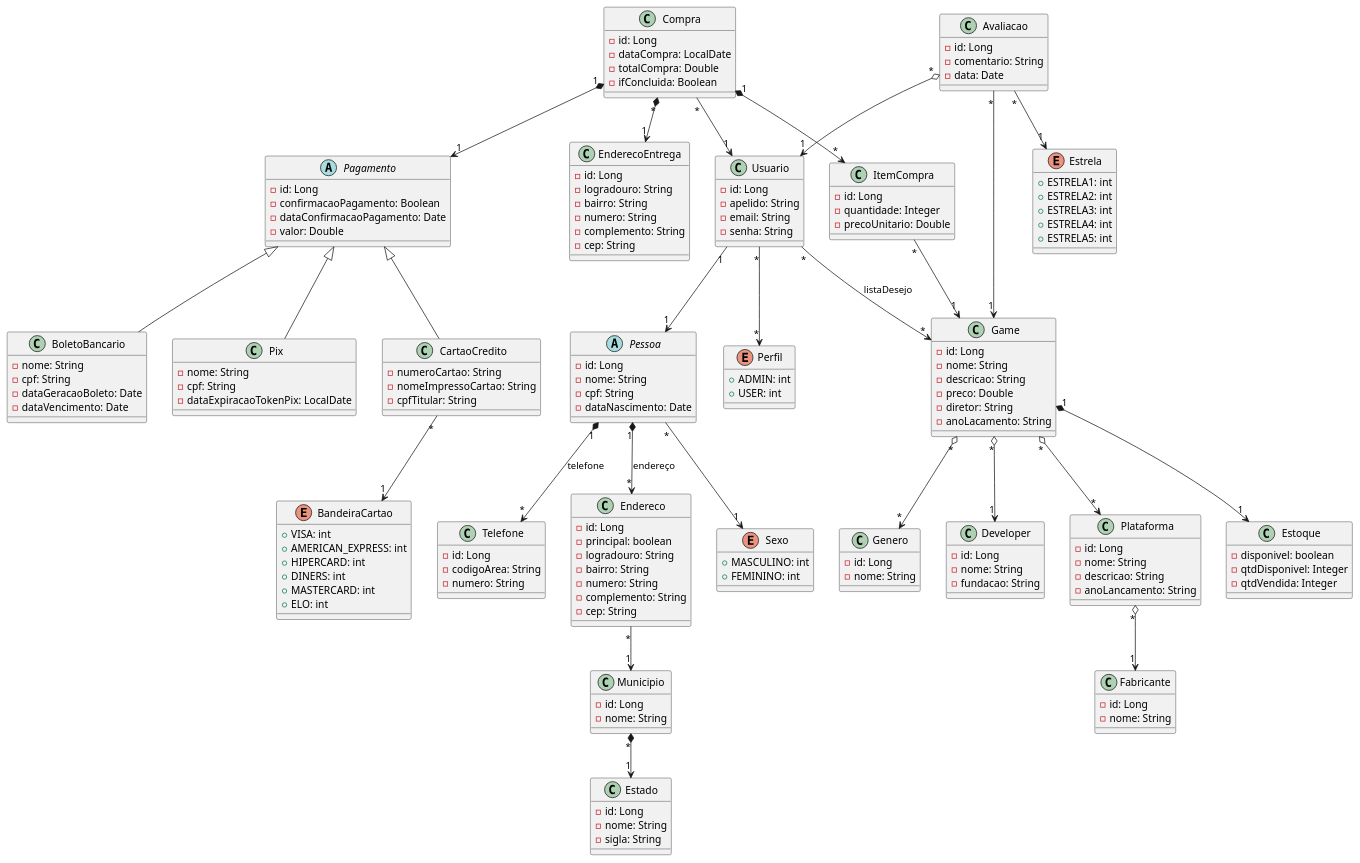
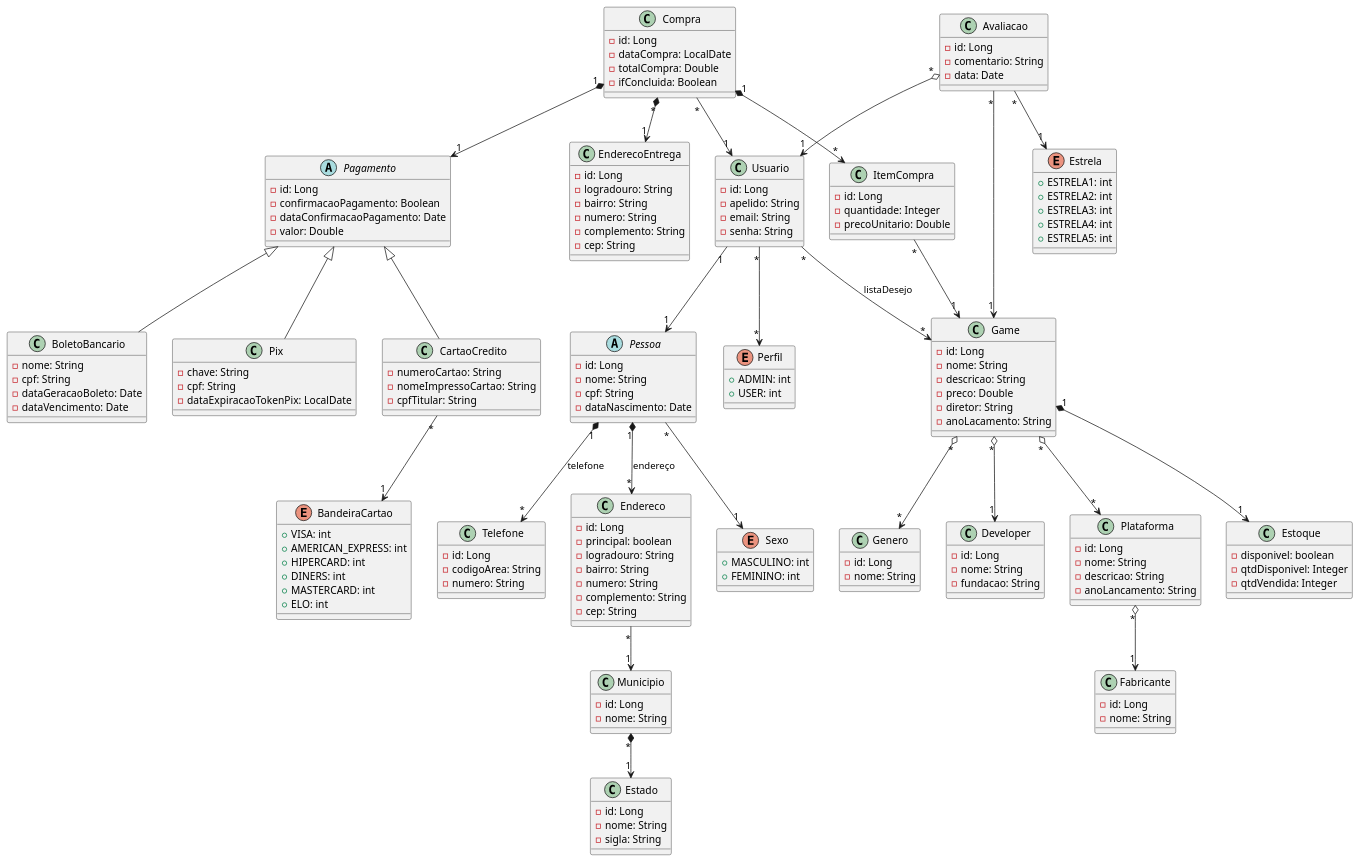
One commit to alvesluis311/ProjetoECommerce changed the diagram in Games.plantuml. Above: the diagram before and after it, drawn with PlantUML.

Commit message:
diagrama final

```diff
--- a/Games.plantuml
+++ b/Games.plantuml
@@ -148,7 +148,7 @@
 
     class Pix {
 
-        - nome: String
+        - chave: String
         - cpf: String
         - dataExpiracaoTokenPix: LocalDate
     }
```
